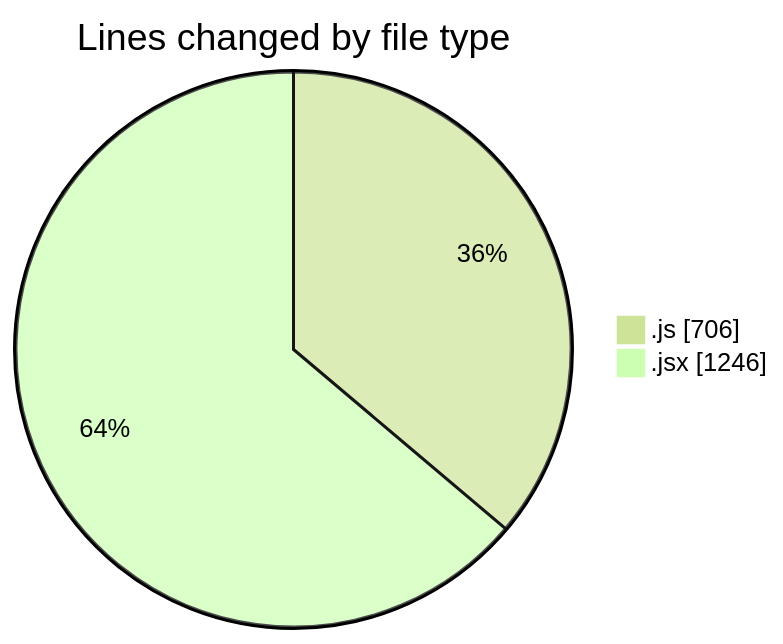
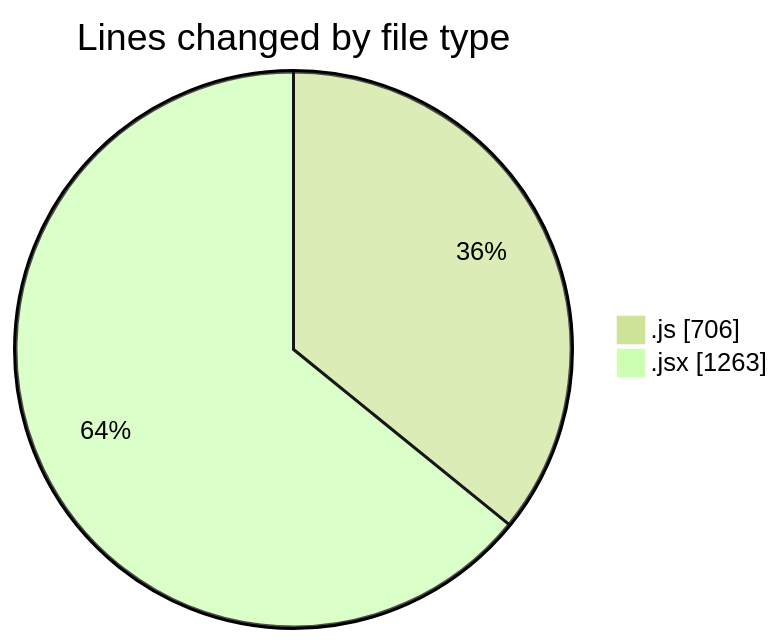
Before and after one commit to nxtqubesakshisongat/code-tracking: the first of 2 diagrams in 2025-05-31/nxtqube_webapp/README.md, drawn with Mermaid (forest theme). The commit also changed other lines of this file and 1 other file, not shown here.

````diff
--- a/2025-05-31/nxtqube_webapp/README.md
+++ b/2025-05-31/nxtqube_webapp/README.md
@@ -27,6 +27,6 @@
 ```mermaid
 pie showData
 title Lines changed by file type
 ".js" : 706
-".jsx" : 1246
+".jsx" : 1263
 ```
````
